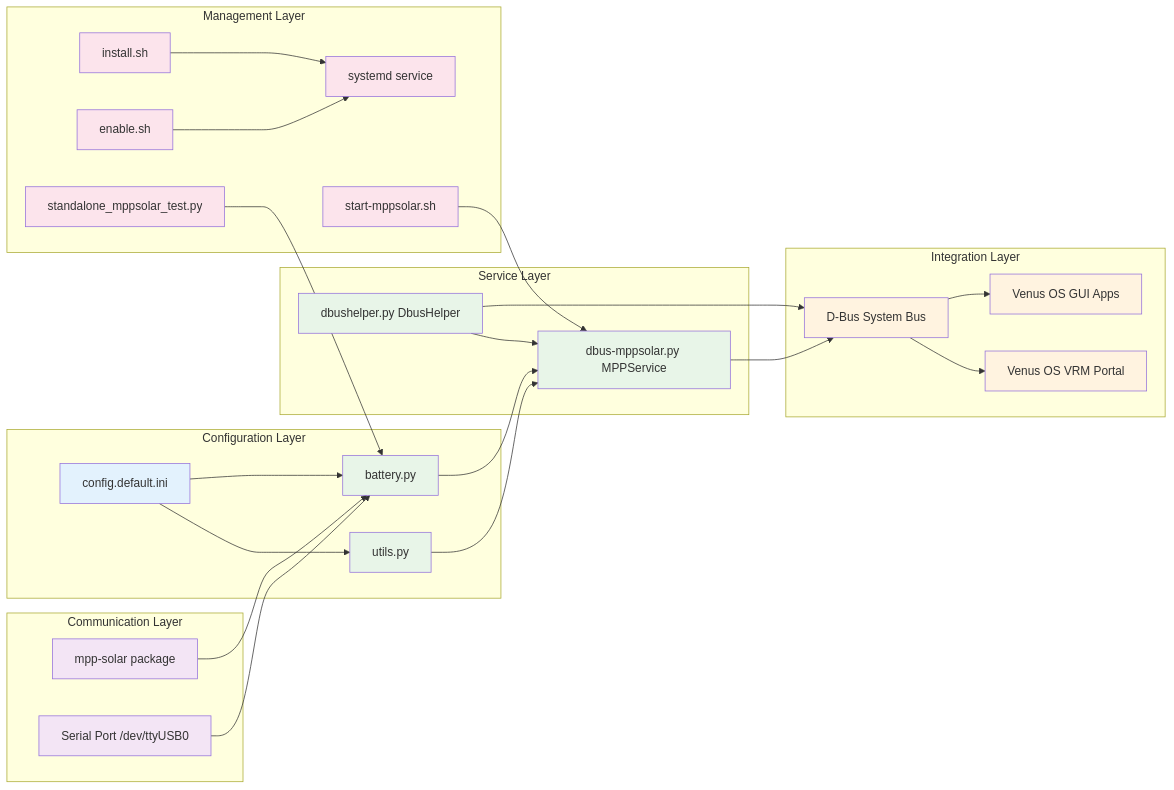
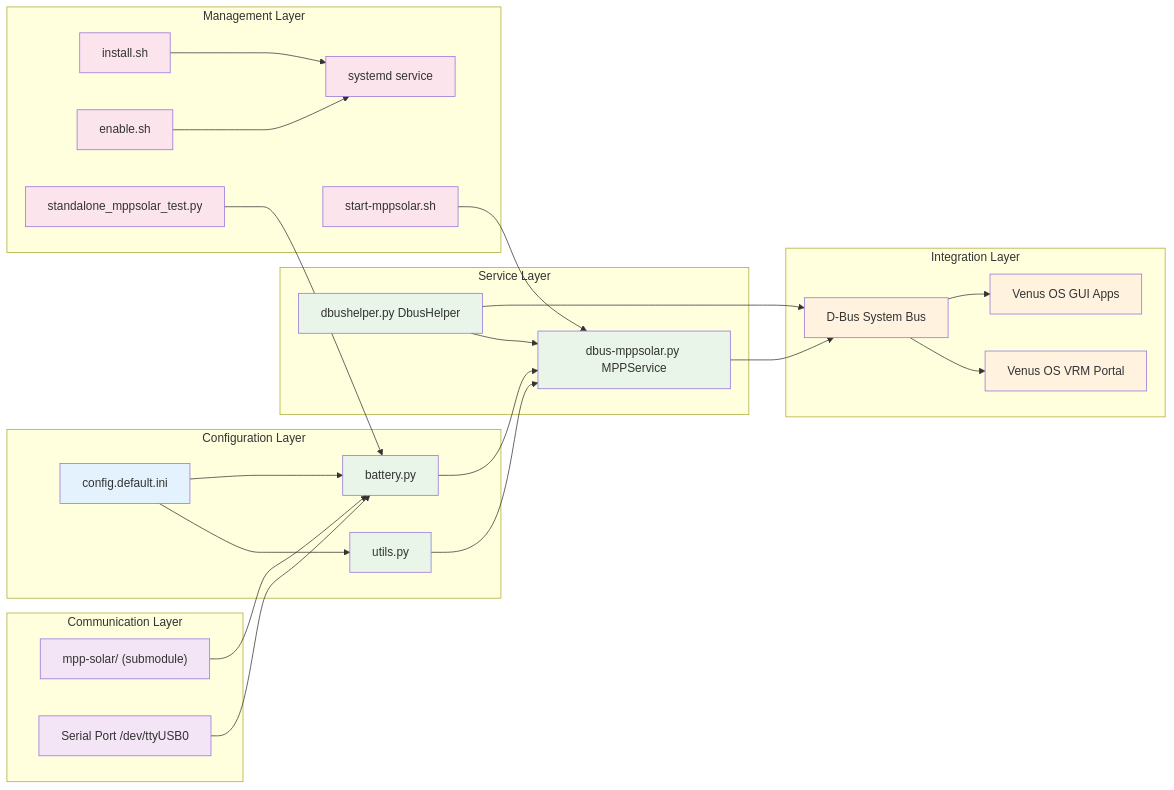
Before and after one commit to spacecabbie/dbus-mppsolarv2: the fourth of 4 diagrams in README.md, drawn with Mermaid. The commit also changed other lines of this file and 3 other files, not shown here.

Commit message:
Add mpp-solar as git submodule and update all installation instructions to use submodule instead of pip installation

````diff
--- a/README.md
+++ b/README.md
@@ -721,44 +744,44 @@
 ```mermaid
 graph LR
     subgraph "Configuration Layer"
         CFG["config.default.ini"] --> U["utils.py"]
         CFG --> B["battery.py"]
     end
 
     subgraph "Communication Layer"
-        MPP["mpp-solar package"] --> B
+        MPP["mpp-solar/ (submodule)"] --> B
         SERIAL["Serial Port /dev/ttyUSB0"] --> B
     end
 
     subgraph "Service Layer"
         B --> S["dbus-mppsolar.py MPPService"]
         U --> S
         D["dbushelper.py DbusHelper"] --> S
     end
 
     subgraph "Integration Layer"
         S --> DBUS["D-Bus System Bus"]
         D --> DBUS
         DBUS --> VRM["Venus OS VRM Portal"]
         DBUS --> GUI["Venus OS GUI Apps"]
     end
 
     subgraph "Management Layer"
         INST["install.sh"] --> SYS["systemd service"]
         EN["enable.sh"] --> SYS
         START["start-mppsolar.sh"] --> S
         TEST["standalone_mppsolar_test.py"] --> B
     end
 
     classDef config fill:#e3f2fd
     classDef comm fill:#f3e5f5
     classDef service fill:#e8f5e8
     classDef integration fill:#fff3e0
     classDef management fill:#fce4ec
 
     class CFG config
     class MPP,SERIAL comm
     class B,U,S,D service
     class DBUS,VRM,GUI integration
     class INST,EN,START,TEST,SYS management
 ```
````
